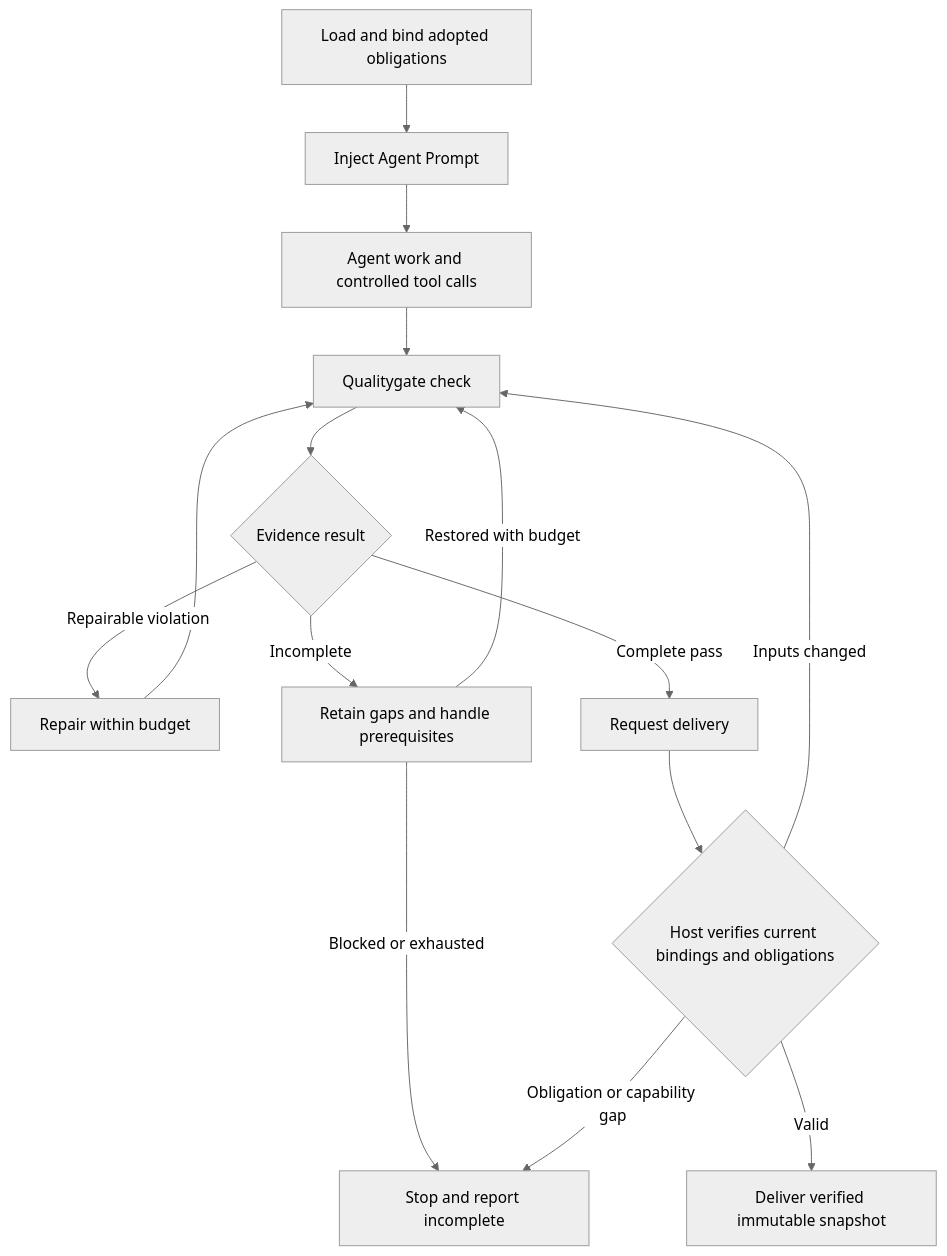
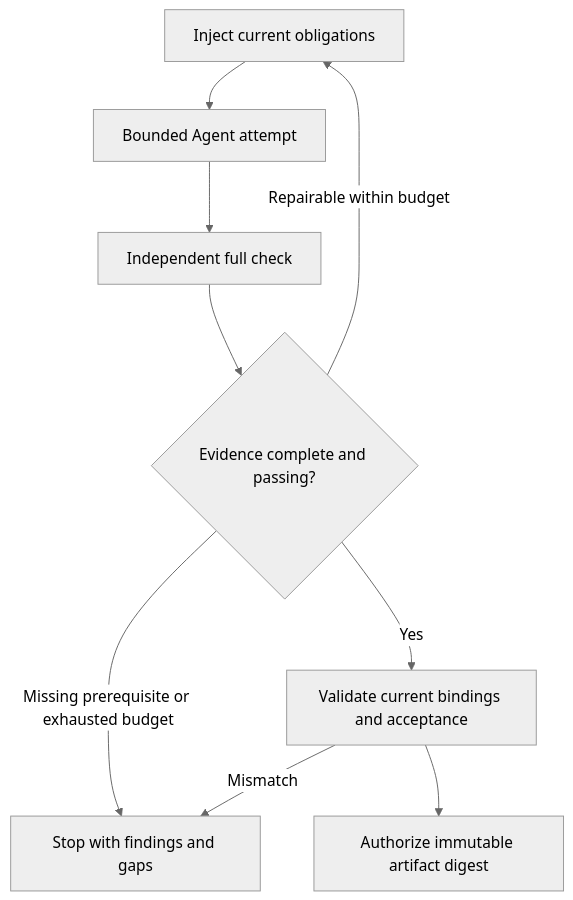
One commit to coolplayagent/qualitygate-cli changed the second of 2 diagrams in docs/en/03-architecture/07-rule-capabilities-and-agent-contracts.md. Above: the diagram before and after it, drawn with Mermaid (neutral theme). The commit also changed other lines of this file and 66 other files, not shown here.

````diff
--- a/docs/en/03-architecture/07-rule-capabilities-and-agent-contracts.md
+++ b/docs/en/03-architecture/07-rule-capabilities-and-agent-contracts.md
@@ -224,17 +81,11 @@
 ```mermaid
 flowchart TD
-    L[Load and bind adopted obligations] --> P[Inject Agent Prompt]
-    P --> W[Agent work and controlled tool calls]
-    W --> C[Qualitygate check]
-    C --> V{Evidence result}
-    V -->|Repairable violation| R[Repair within budget]
-    R --> C
-    V -->|Incomplete| B[Retain gaps and handle prerequisites]
-    B -->|Restored with budget| C
-    B -->|Blocked or exhausted| S[Stop and report incomplete]
-    V -->|Complete pass| D[Request delivery]
-    D --> H{Host verifies current bindings and obligations}
-    H -->|Valid| A[Deliver verified immutable snapshot]
-    H -->|Inputs changed| C
-    H -->|Obligation or capability gap| S
+    I[Inject current obligations] --> W[Bounded Agent attempt]
+    W --> C[Independent full check]
+    C --> V{Evidence complete and passing?}
+    V -->|Repairable within budget| I
+    V -->|Missing prerequisite or exhausted budget| S[Stop with findings and gaps]
+    V -->|Yes| B[Validate current bindings and acceptance]
+    B --> D[Authorize immutable artifact digest]
+    B -->|Mismatch| S
 ```
````
